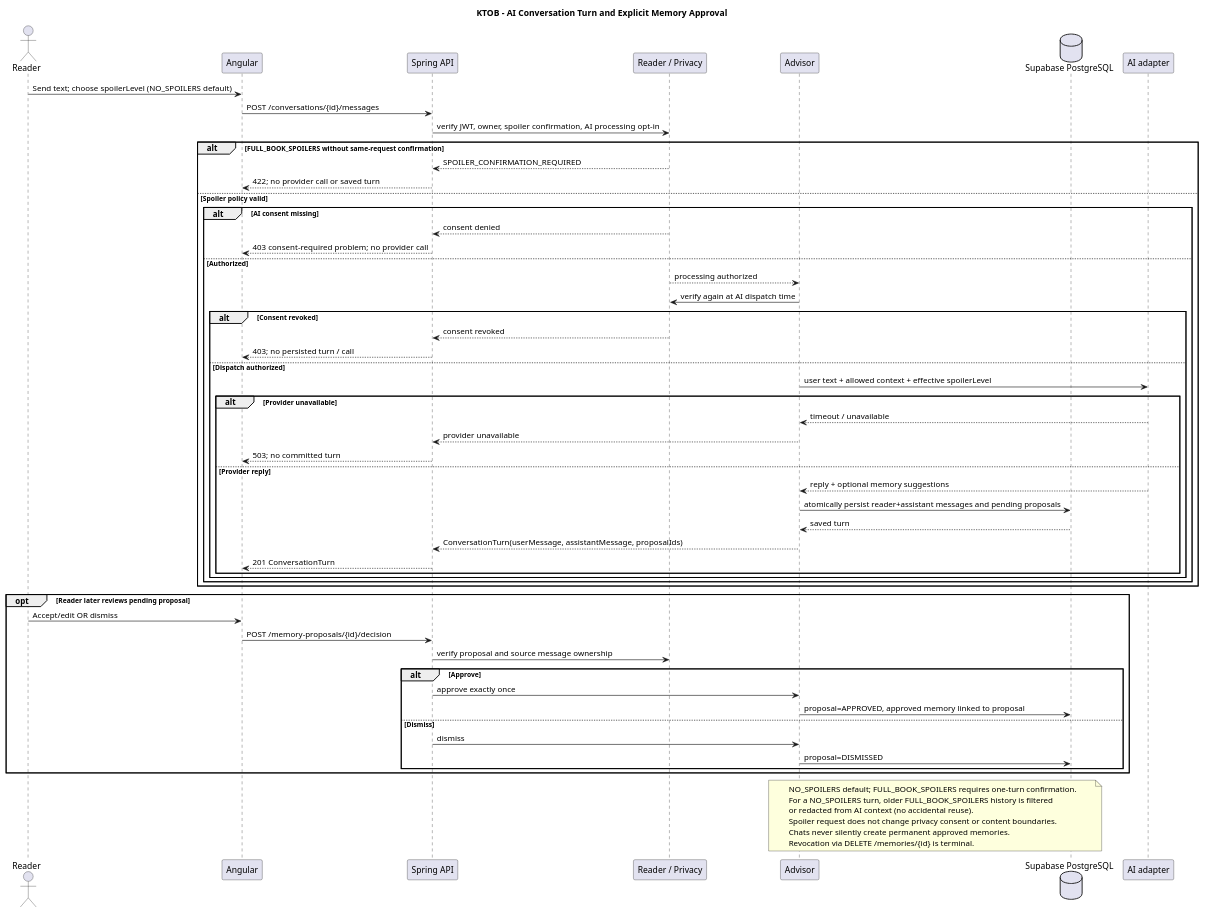
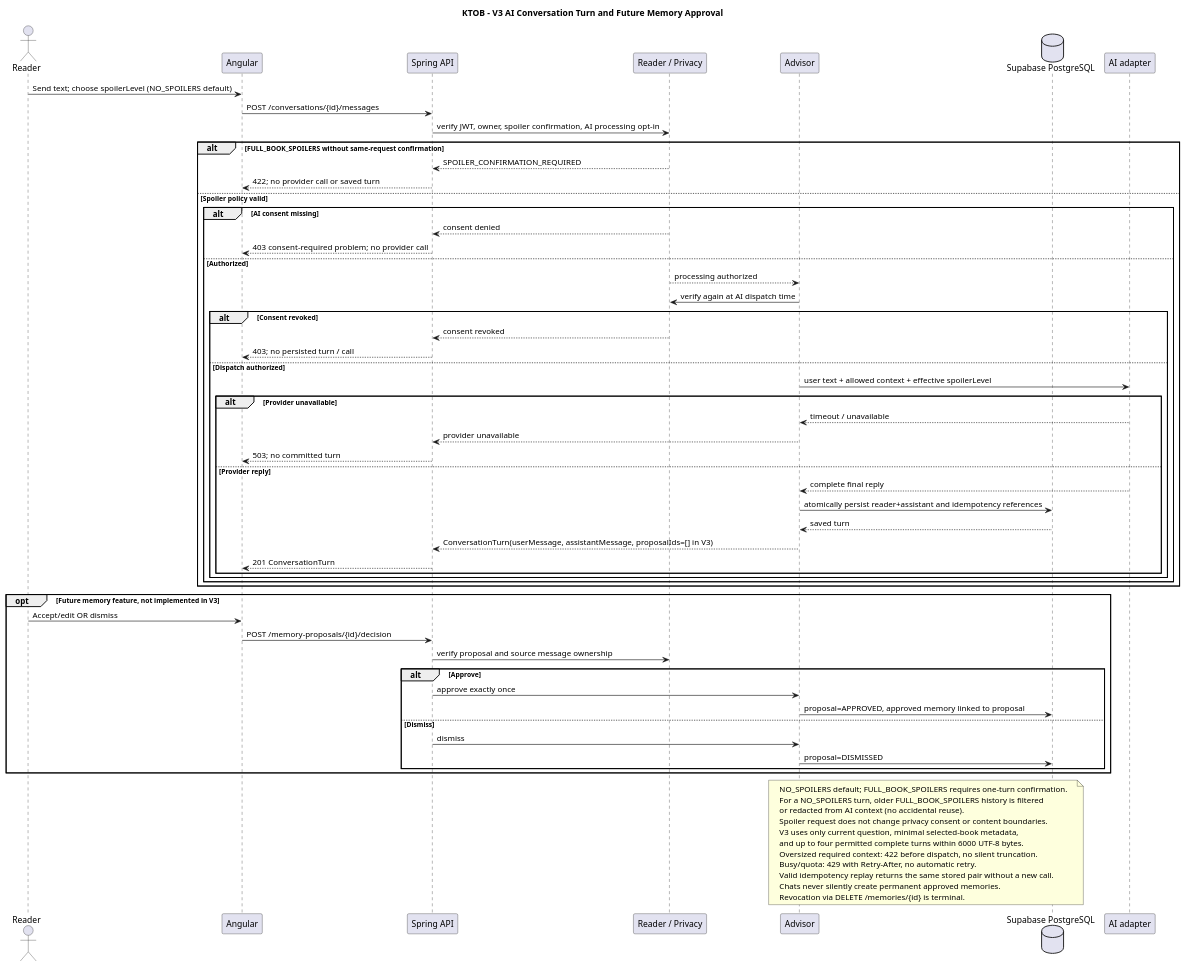
One commit to Adam-BArbia/ktob-literary-companion changed the diagram in docs/uml/10-sequence-memory.puml. Above: the diagram before and after it, drawn with PlantUML. The commit also changed 53 other files, not shown here.

```diff
--- a/docs/uml/10-sequence-memory.puml
+++ b/docs/uml/10-sequence-memory.puml
@@ -1,62 +1,67 @@
 @startuml KTOB_10_sequence_memory
-title KTOB - AI Conversation Turn and Explicit Memory Approval
+title KTOB - V3 AI Conversation Turn and Future Memory Approval
 actor Reader
 participant "Angular" as UI
 participant "Spring API" as API
 participant "Reader / Privacy" as Privacy
 participant "Advisor" as Advisor
 database "Supabase PostgreSQL" as DB
 participant "AI adapter" as AI
 Reader -> UI : Send text; choose spoilerLevel (NO_SPOILERS default)
 UI -> API : POST /conversations/{id}/messages
 API -> Privacy : verify JWT, owner, spoiler confirmation, AI processing opt-in
 alt FULL_BOOK_SPOILERS without same-request confirmation
  Privacy --> API : SPOILER_CONFIRMATION_REQUIRED
  API --> UI : 422; no provider call or saved turn
 else Spoiler policy valid
 alt AI consent missing
  Privacy --> API : consent denied
 API --> UI : 403 consent-required problem; no provider call
 else Authorized
  Privacy --> Advisor : processing authorized
  Advisor -> Privacy : verify again at AI dispatch time
  alt Consent revoked
   Privacy --> API : consent revoked
 API --> UI : 403; no persisted turn / call
  else Dispatch authorized
   Advisor -> AI : user text + allowed context + effective spoilerLevel
   alt Provider unavailable
    AI --> Advisor : timeout / unavailable
    Advisor --> API : provider unavailable
 API --> UI : 503; no committed turn
   else Provider reply
-   AI --> Advisor : reply + optional memory suggestions
-   Advisor -> DB : atomically persist reader+assistant messages and pending proposals
+   AI --> Advisor : complete final reply
+   Advisor -> DB : atomically persist reader+assistant and idempotency references
    DB --> Advisor : saved turn
-   Advisor --> API : ConversationTurn(userMessage, assistantMessage, proposalIds)
+   Advisor --> API : ConversationTurn(userMessage, assistantMessage, proposalIds=[] in V3)
 API --> UI : 201 ConversationTurn
   end
  end
 end
 end
-opt Reader later reviews pending proposal
+opt Future memory feature, not implemented in V3
  Reader -> UI : Accept/edit OR dismiss
  UI -> API : POST /memory-proposals/{id}/decision
  API -> Privacy : verify proposal and source message ownership
  alt Approve
   API -> Advisor : approve exactly once
   Advisor -> DB : proposal=APPROVED, approved memory linked to proposal
  else Dismiss
   API -> Advisor : dismiss
   Advisor -> DB : proposal=DISMISSED
  end
 end
 note over Advisor,DB
 NO_SPOILERS default; FULL_BOOK_SPOILERS requires one-turn confirmation.
 For a NO_SPOILERS turn, older FULL_BOOK_SPOILERS history is filtered
 or redacted from AI context (no accidental reuse).
 Spoiler request does not change privacy consent or content boundaries.
+V3 uses only current question, minimal selected-book metadata,
+and up to four permitted complete turns within 6000 UTF-8 bytes.
+Oversized required context: 422 before dispatch, no silent truncation.
+Busy/quota: 429 with Retry-After, no automatic retry.
+Valid idempotency replay returns the same stored pair without a new call.
 Chats never silently create permanent approved memories.
 Revocation via DELETE /memories/{id} is terminal.
 end note
 @enduml
```
